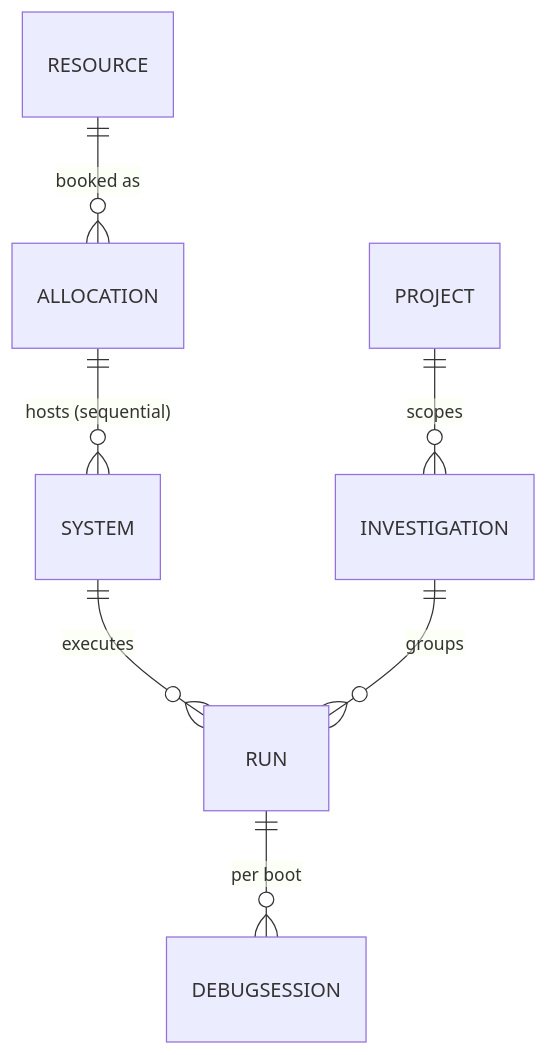
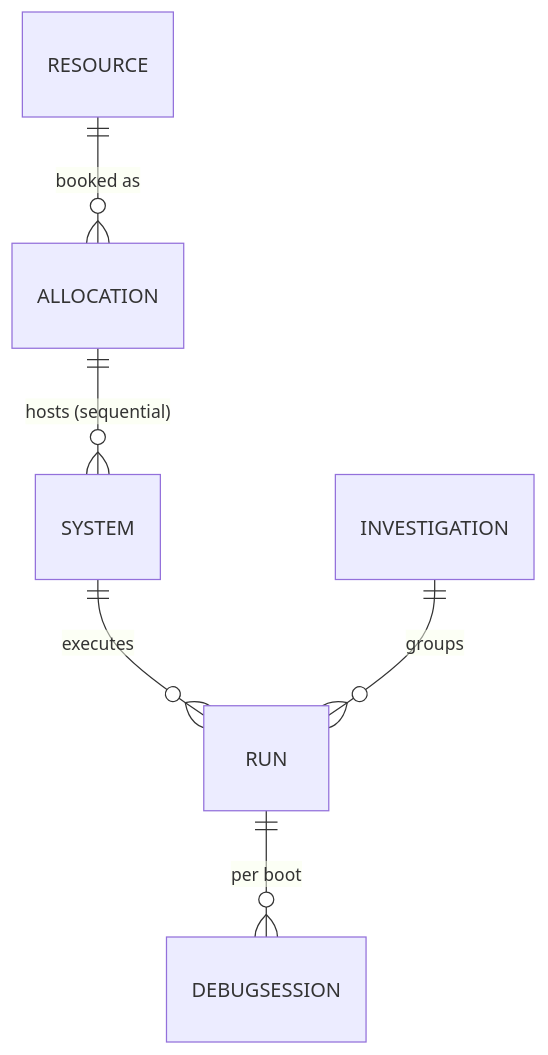
Before and after one commit to randomparity/kdive-v2: the second of 2 diagrams in docs/specs/m0-walking-skeleton.md, drawn with Mermaid. The commit also changed other lines of this file, not shown here.

First line of the commit message:
docs(spec): drop PROJECT pseudo-entity from M0 ER diagram

````diff
--- a/docs/specs/m0-walking-skeleton.md
+++ b/docs/specs/m0-walking-skeleton.md
@@ -150,9 +150,8 @@
 ```mermaid
 erDiagram
-    PROJECT       ||--o{ INVESTIGATION : scopes
     RESOURCE      ||--o{ ALLOCATION : "booked as"
     ALLOCATION    ||--o{ SYSTEM : "hosts (sequential)"
     SYSTEM        ||--o{ RUN : executes
     INVESTIGATION ||--o{ RUN : groups
     RUN           ||--o{ DEBUGSESSION : "per boot"
 ```
````
